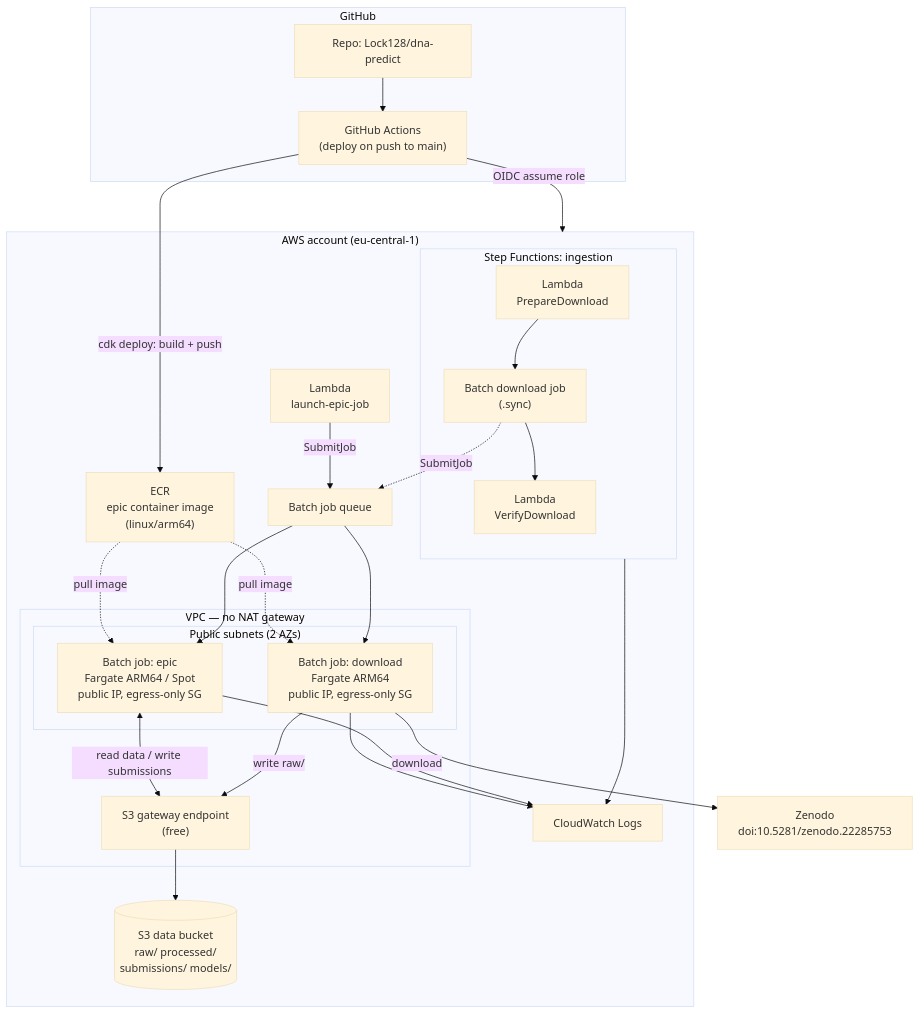
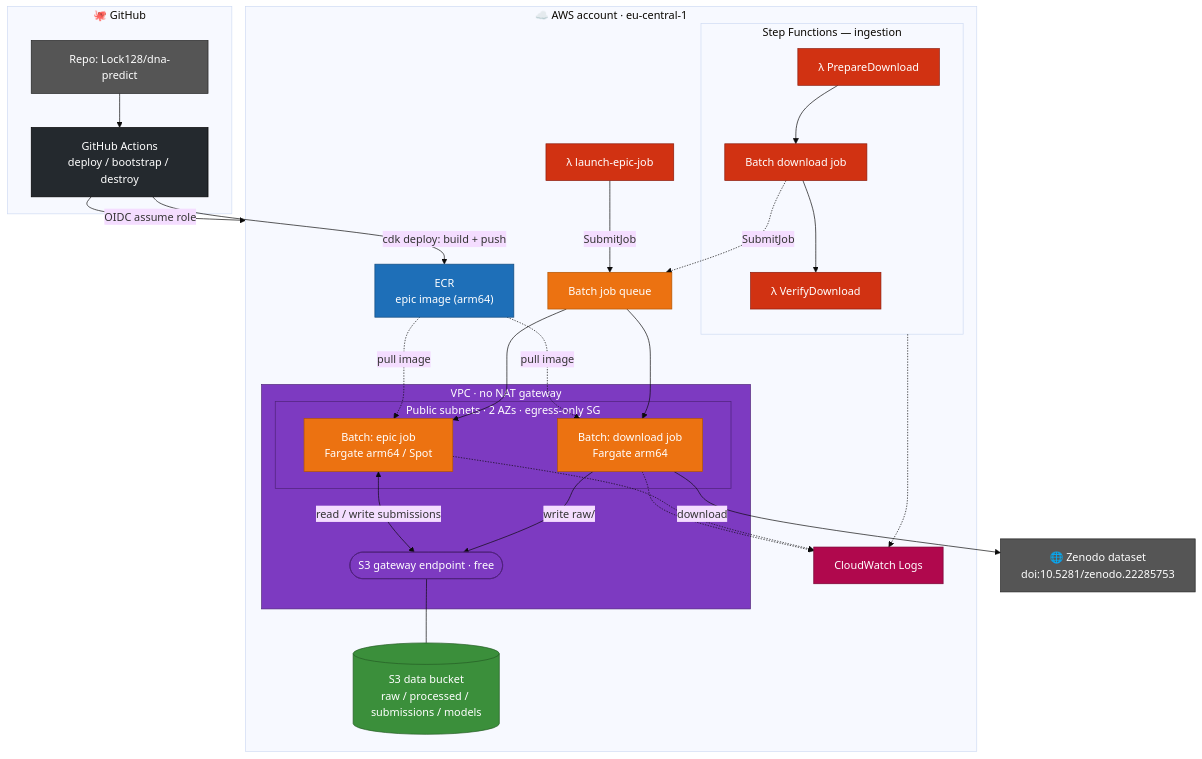
The first of 2 diagrams in docs/AWS.md (Lock128/dna-predict), drawn with Mermaid (base theme) before and after one commit. The commit also changed other lines of this file and 15 other files, not shown here.

First line of the commit message:
Add ops scripts + npm commands, diagram lint, destroy workflow; colorful diagrams

````diff
--- a/docs/AWS.md
+++ b/docs/AWS.md
@@ -193,54 +197,73 @@
 ```mermaid
 flowchart TB
-    subgraph GH["GitHub"]
+    subgraph GH["🐙 GitHub"]
         repo["Repo: Lock128/dna-predict"]
-        gha["GitHub Actions<br/>(deploy on push to main)"]
+        gha["GitHub Actions<br/>deploy / bootstrap / destroy"]
         repo --> gha
     end
 
-    subgraph AWS["AWS account (eu-central-1)"]
-        ecr["ECR<br/>epic container image<br/>(linux/arm64)"]
+    zenodo["🌐 Zenodo dataset<br/>doi:10.5281/zenodo.22285753"]
 
-        subgraph VPC["VPC — no NAT gateway"]
-            subgraph PUB["Public subnets (2 AZs)"]
-                epicjob["Batch job: epic<br/>Fargate ARM64 / Spot<br/>public IP, egress-only SG"]
-                dljob["Batch job: download<br/>Fargate ARM64<br/>public IP, egress-only SG"]
-            end
-            s3ep["S3 gateway endpoint<br/>(free)"]
-        end
+    subgraph AWS["☁️ AWS account · eu-central-1"]
+        ecr["ECR<br/>epic image (arm64)"]
 
-        queue["Batch job queue"]
-        s3[("S3 data bucket<br/>raw/ processed/<br/>submissions/ models/")]
-
-        subgraph SFN["Step Functions: ingestion"]
-            prep["Lambda<br/>PrepareDownload"]
-            run["Batch download job<br/>(.sync)"]
-            verify["Lambda<br/>VerifyDownload"]
+        subgraph SFN["Step Functions — ingestion"]
+            prep["λ PrepareDownload"]
+            run["Batch download job"]
+            verify["λ VerifyDownload"]
             prep --> run --> verify
         end
 
-        launcher["Lambda<br/>launch-epic-job"]
+        launcher["λ launch-epic-job"]
+        queue["Batch job queue"]
+
+        subgraph VPC["VPC · no NAT gateway"]
+            subgraph PUB["Public subnets · 2 AZs · egress-only SG"]
+                epicjob["Batch: epic job<br/>Fargate arm64 / Spot"]
+                dljob["Batch: download job<br/>Fargate arm64"]
+            end
+            s3ep(["S3 gateway endpoint · free"])
+        end
+
+        s3[("S3 data bucket<br/>raw / processed / submissions / models")]
         logs["CloudWatch Logs"]
     end
-
-    zenodo["Zenodo<br/>doi:10.5281/zenodo.22285753"]
 
     gha -->|OIDC assume role| AWS
     gha -->|cdk deploy: build + push| ecr
 
+    launcher -->|SubmitJob| queue
+    run -.->|SubmitJob| queue
     queue --> epicjob
     queue --> dljob
-    launcher -->|SubmitJob| queue
-    run -.->|SubmitJob| queue
 
     ecr -.->|pull image| epicjob
     ecr -.->|pull image| dljob
 
     dljob -->|download| zenodo
-    dljob -->|write raw/| s3ep --> s3
-    epicjob <-->|read data / write submissions| s3ep
+    dljob -->|write raw/| s3ep
+    epicjob <-->|read / write submissions| s3ep
+    s3ep --- s3
 
-    epicjob --> logs
-    dljob --> logs
-    SFN --> logs
+    epicjob -.-> logs
+    dljob -.-> logs
+    SFN -.-> logs
+
+    classDef compute fill:#EC7211,stroke:#B25400,color:#fff;
+    classDef serverless fill:#D13212,stroke:#8C1A0B,color:#fff;
+    classDef storage fill:#3B8F3B,stroke:#245C24,color:#fff;
+    classDef network fill:#7D3AC1,stroke:#4E2379,color:#fff;
+    classDef registry fill:#1E6FB8,stroke:#124A7C,color:#fff;
+    classDef observability fill:#B0084D,stroke:#750233,color:#fff;
+    classDef external fill:#555,stroke:#222,color:#fff;
+    classDef cicd fill:#24292E,stroke:#000,color:#fff;
+
+    class epicjob,dljob,queue compute;
+    class prep,verify,launcher,run serverless;
+    class s3 storage;
+    class s3ep,VPC,PUB network;
+    class ecr registry;
+    class logs observability;
+    class zenodo,repo external;
+    class gha cicd;
 ```
````
